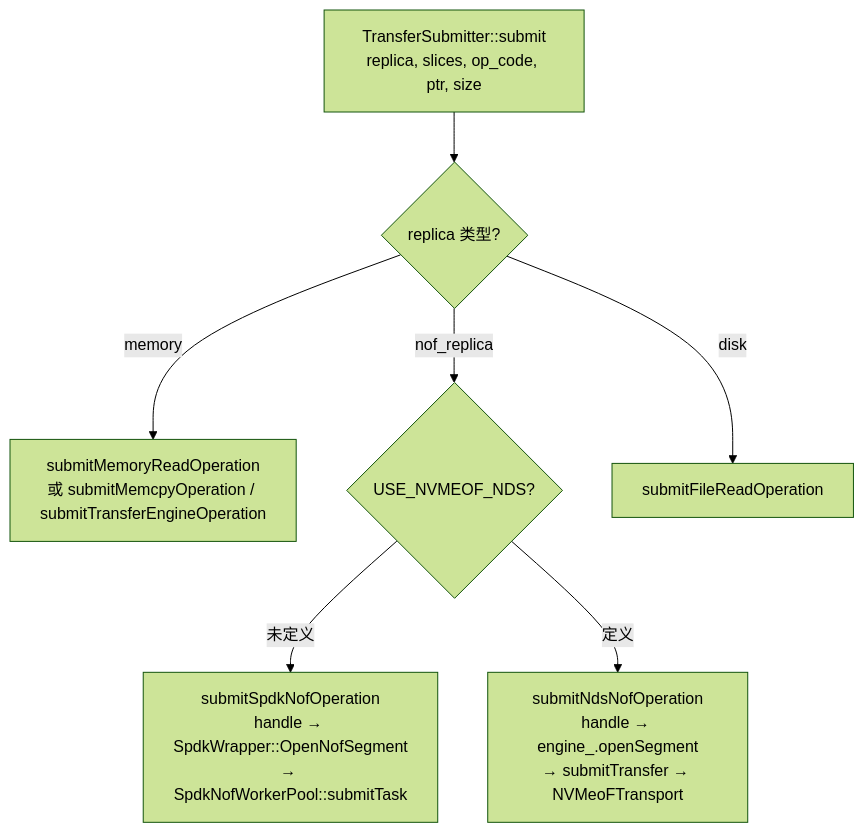
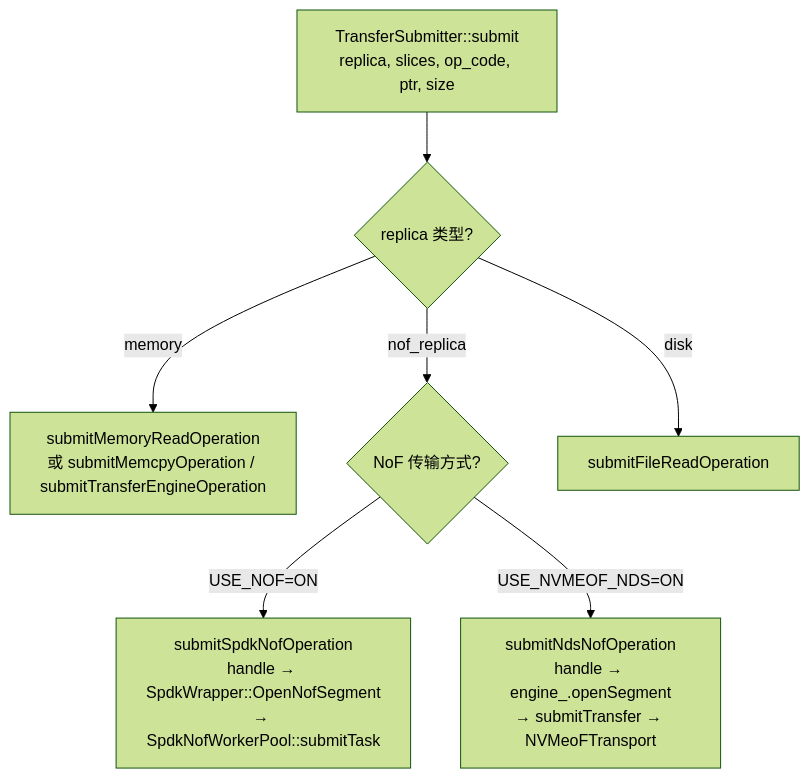
Diagram 13 of 17 in docs/rfc-nds-nvmeof-transport-cn.md (yz53665/Mooncake), drawn with Mermaid (forest theme) before and after one commit. The commit also changed other lines of this file, not shown here.

````diff
--- a/docs/rfc-nds-nvmeof-transport-cn.md
+++ b/docs/rfc-nds-nvmeof-transport-cn.md
@@ -542,9 +543,9 @@
 ```mermaid
 flowchart TD
     A[TransferSubmitter::submit<br/>replica, slices, op_code, ptr, size] --> B{replica 类型?}
     B -->|memory| M[submitMemoryReadOperation<br/>或 submitMemcpyOperation / submitTransferEngineOperation]
-    B -->|nof_replica| N{USE_NVMEOF_NDS?}
+    B -->|nof_replica| N{NoF 传输方式?}
     B -->|disk| D[submitFileReadOperation]
-    N -->|未定义| NOF_SPDK[submitSpdkNofOperation<br/>handle → SpdkWrapper::OpenNofSegment<br/>→ SpdkNofWorkerPool::submitTask]
-    N -->|定义| NOF_NDS[submitNdsNofOperation<br/>handle → engine_.openSegment<br/>→ submitTransfer → NVMeoFTransport]
+    N -->|"USE_NOF=ON"| NOF_SPDK[submitSpdkNofOperation<br/>handle → SpdkWrapper::OpenNofSegment<br/>→ SpdkNofWorkerPool::submitTask]
+    N -->|"USE_NVMEOF_NDS=ON"| NOF_NDS[submitNdsNofOperation<br/>handle → engine_.openSegment<br/>→ submitTransfer → NVMeoFTransport]
 ```
````
